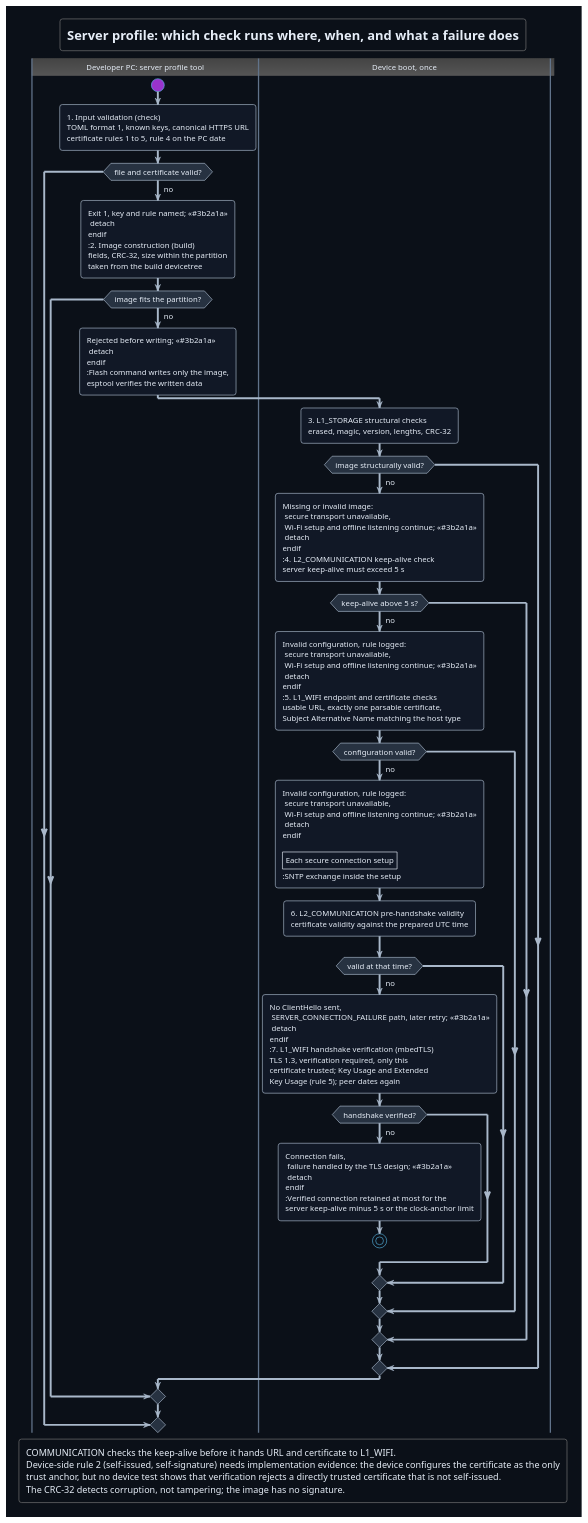
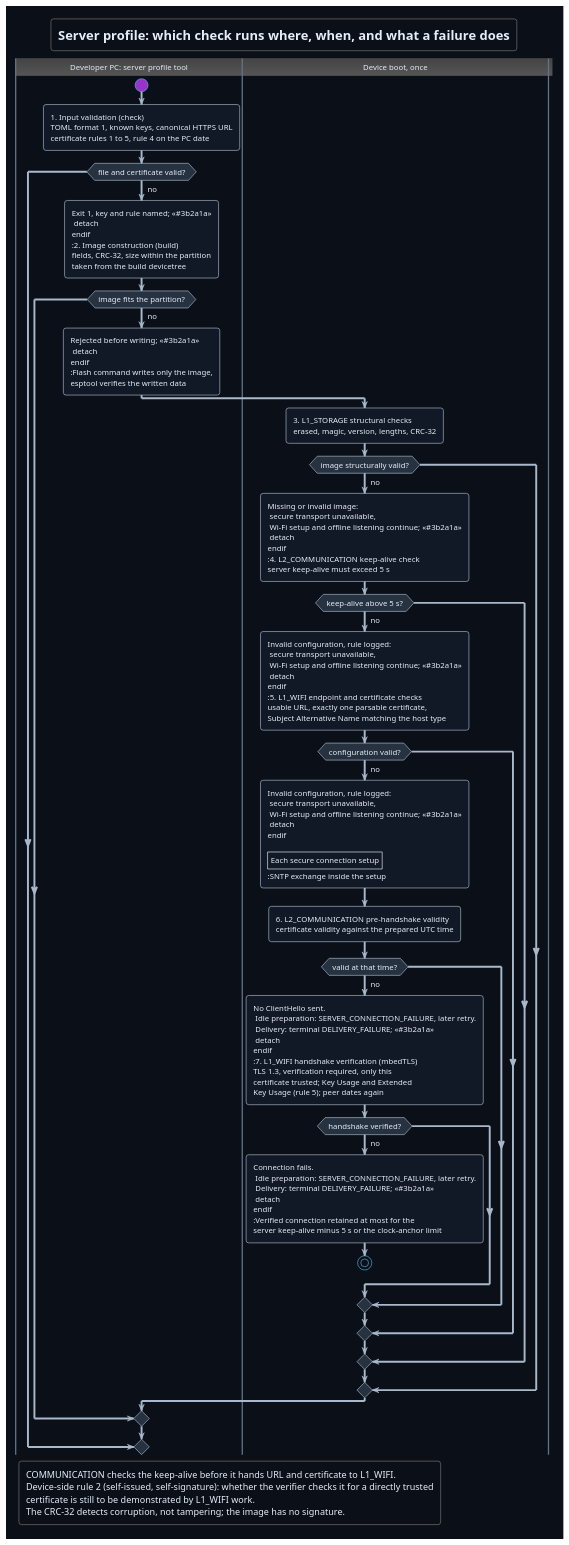
Before and after one commit to DemonicPsychoII/DigitalStethoscope: the diagram in Development/system/design/STORAGE/server-profile-validation.puml, drawn with PlantUML. The commit also changed 11 other files, not shown here.

First line of the commit message:
documentation: correct five diagram statements that differed from the design and remove as-built wording from the STORAGE design

```diff
--- a/Development/system/design/STORAGE/server-profile-validation.puml
+++ b/Development/system/design/STORAGE/server-profile-validation.puml
@@ -1,94 +1,96 @@
 @startuml server_profile_validation
 !theme cyborg
 !pragma layout smetana
 skinparam shadowing false
 skinparam defaultFontName SansSerif
 skinparam backgroundColor #0b1018
 skinparam defaultFontColor #e6edf7
 skinparam ArrowColor #a9b8ca
 skinparam activity {
  BackgroundColor #111826
  BorderColor #a9b8ca
  DiamondBackgroundColor #273241
 }
 skinparam swimlane {
  BorderColor #61738a
  TitleFontColor #e6edf7
 }
 title Server profile: which check runs where, when, and what a failure does
 
 |Developer PC: server profile tool|
 start
 :1. Input validation (check)
 TOML format 1, known keys, canonical HTTPS URL
 certificate rules 1 to 5, rule 4 on the PC date;
 if (file and certificate valid?) then (no)
  :Exit 1, key and rule named; <<#3b2a1a>>
  detach
 endif
 :2. Image construction (build)
 fields, CRC-32, size within the partition
 taken from the build devicetree;
 if (image fits the partition?) then (no)
  :Rejected before writing; <<#3b2a1a>>
  detach
 endif
 :Flash command writes only the image,
 esptool verifies the written data;
 
 |Device boot, once|
 :3. L1_STORAGE structural checks
 erased, magic, version, lengths, CRC-32;
 if (image structurally valid?) then (no)
  :Missing or invalid image:
  secure transport unavailable,
  Wi-Fi setup and offline listening continue; <<#3b2a1a>>
  detach
 endif
 :4. L2_COMMUNICATION keep-alive check
 server keep-alive must exceed 5 s;
 if (keep-alive above 5 s?) then (no)
  :Invalid configuration, rule logged:
  secure transport unavailable,
  Wi-Fi setup and offline listening continue; <<#3b2a1a>>
  detach
 endif
 :5. L1_WIFI endpoint and certificate checks
 usable URL, exactly one parsable certificate,
 Subject Alternative Name matching the host type;
 if (configuration valid?) then (no)
  :Invalid configuration, rule logged:
  secure transport unavailable,
  Wi-Fi setup and offline listening continue; <<#3b2a1a>>
  detach
 endif
 
 |Each secure connection setup|
 :SNTP exchange inside the setup;
 :6. L2_COMMUNICATION pre-handshake validity
 certificate validity against the prepared UTC time;
 if (valid at that time?) then (no)
- :No ClientHello sent,
- SERVER_CONNECTION_FAILURE path, later retry; <<#3b2a1a>>
+ :No ClientHello sent.
+ Idle preparation: SERVER_CONNECTION_FAILURE, later retry.
+ Delivery: terminal DELIVERY_FAILURE; <<#3b2a1a>>
  detach
 endif
 :7. L1_WIFI handshake verification (mbedTLS)
 TLS 1.3, verification required, only this
 certificate trusted; Key Usage and Extended
 Key Usage (rule 5); peer dates again;
 if (handshake verified?) then (no)
- :Connection fails,
- failure handled by the TLS design; <<#3b2a1a>>
+ :Connection fails.
+ Idle preparation: SERVER_CONNECTION_FAILURE, later retry.
+ Delivery: terminal DELIVERY_FAILURE; <<#3b2a1a>>
  detach
 endif
 :Verified connection retained at most for the
 server keep-alive minus 5 s or the clock-anchor limit;
 stop
 
 legend bottom left
  COMMUNICATION checks the keep-alive before it hands URL and certificate to L1_WIFI.
- Device-side rule 2 (self-issued, self-signature) needs implementation evidence: the device configures the certificate as the only
- trust anchor, but no device test shows that verification rejects a directly trusted certificate that is not self-issued.
+ Device-side rule 2 (self-issued, self-signature): whether the verifier checks it for a directly trusted
+ certificate is still to be demonstrated by L1_WIFI work.
  The CRC-32 detects corruption, not tampering; the image has no signature.
 endlegend
 @enduml
```
